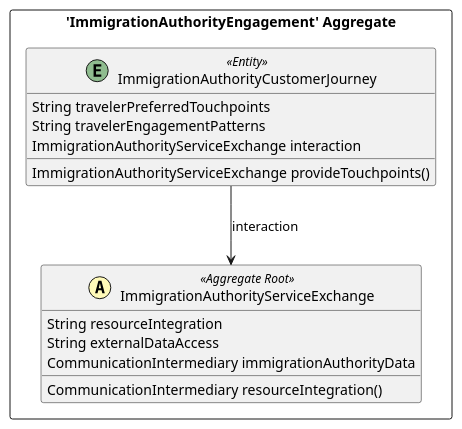
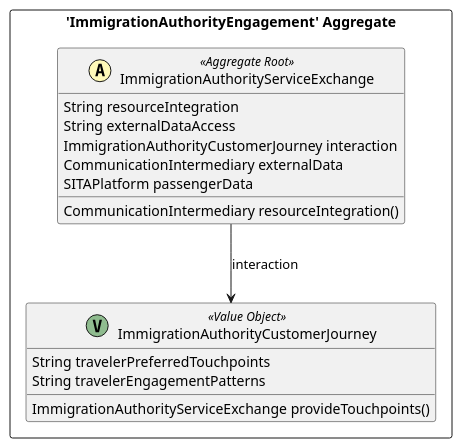
Before and after one commit to NormanBaechtold/ServiceSystem: the diagram in src-gen/serviceSystem_BC_SimplyGo_ImmigrationAuthorityEngagement.puml, drawn with PlantUML. The commit also changed 57 other files, not shown here.

```diff
--- a/src-gen/serviceSystem_BC_SimplyGo_ImmigrationAuthorityEngagement.puml
+++ b/src-gen/serviceSystem_BC_SimplyGo_ImmigrationAuthorityEngagement.puml
@@ -1,22 +1,23 @@
 @startuml
 
 skinparam componentStyle uml2
 
 package "'ImmigrationAuthorityEngagement' Aggregate" <<Rectangle>> {
-	class ImmigrationAuthorityCustomerJourney <<(E,DarkSeaGreen) Entity>> {
+	class ImmigrationAuthorityCustomerJourney <<(V,DarkSeaGreen) Value Object>> {
 		String travelerPreferredTouchpoints
 		String travelerEngagementPatterns
-		ImmigrationAuthorityServiceExchange interaction
 		ImmigrationAuthorityServiceExchange provideTouchpoints()
 	}
 	class ImmigrationAuthorityServiceExchange <<(A,#fffab8) Aggregate Root>> {
 		String resourceIntegration
 		String externalDataAccess
-		CommunicationIntermediary immigrationAuthorityData
+		ImmigrationAuthorityCustomerJourney interaction
+		CommunicationIntermediary externalData
+		SITAPlatform passengerData
 		CommunicationIntermediary resourceIntegration()
 	}
 }
-ImmigrationAuthorityCustomerJourney --> ImmigrationAuthorityServiceExchange : interaction
+ImmigrationAuthorityServiceExchange --> ImmigrationAuthorityCustomerJourney : interaction
 
 
 @enduml
```
